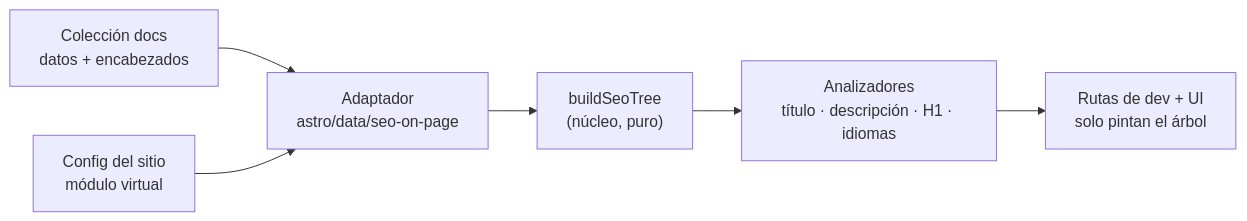
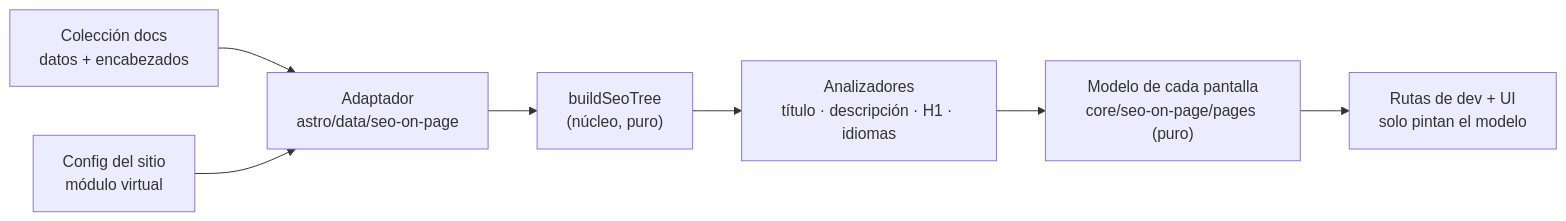
Before and after one commit to velezanthony/design: the diagram in docs/src/content/docs/integracion/seo-on-page.md, drawn with Mermaid. The commit also changed other lines of this file and 1 other file, not shown here.

First line of the commit message:
docs(seo-on-page): describe how each panel screen splits into page, model and components

````diff
--- a/docs/src/content/docs/integracion/seo-on-page.md
+++ b/docs/src/content/docs/integracion/seo-on-page.md
@@ -43,8 +43,9 @@
 ```mermaid
 flowchart LR
   col["Colección docs<br/>datos + encabezados"] --> ad["Adaptador<br/>astro/data/seo-on-page"]
   cfg["Config del sitio<br/>módulo virtual"] --> ad
   ad --> tree["buildSeoTree<br/>(núcleo, puro)"]
   tree --> an["Analizadores<br/>título · descripción · H1 · idiomas"]
-  an --> ui["Rutas de dev + UI<br/>solo pintan el árbol"]
+  an --> model["Modelo de cada pantalla<br/>core/seo-on-page/pages (puro)"]
+  model --> ui["Rutas de dev + UI<br/>solo pintan el modelo"]
 ```
````
